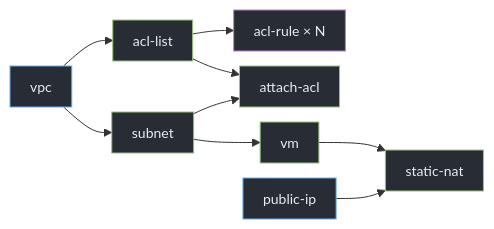
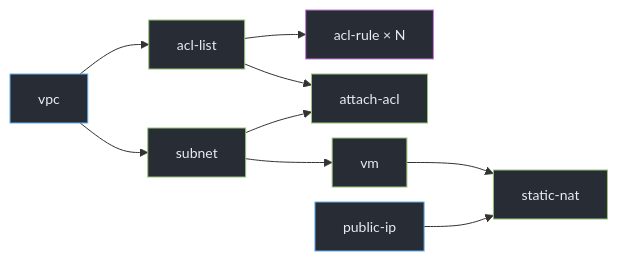
Before and after one commit to oxwazz/wowrack_coding_challenge: the third of 3 diagrams in presentation/slidev/overview.md, drawn with Mermaid. The commit also changed other lines of this file and 4 other files, not shown here.

````diff
--- a/presentation/slidev/overview.md
+++ b/presentation/slidev/overview.md
@@ -54,30 +59,30 @@
 ```mermaid
 %%{init: {
   "themeVariables": {
     "fontSize": "14px"
   },
   "flowchart": {
     "nodeSpacing": 15,
-    "rankSpacing": 40,
-    "padding": 10
+    "rankSpacing": 60,
+    "padding": 14
   }
 }}%%
 
 flowchart LR
     VPC["vpc"] --> SUB["subnet"]
     VPC --> ACL["acl-list"]
     ACL --> RULE["acl-rule × N"]
     SUB --> ATT["attach-acl"]
     ACL --> ATT
     SUB --> VM["vm"]
     IP["public-ip"] --> NAT["static-nat"]
     VM --> NAT
 
     classDef root fill:#282c34,stroke:#61afef,color:#e6edf3,stroke-width:1px,font-size:14px;
     classDef work fill:#282c34,stroke:#98c379,color:#e6edf3,stroke-width:1px,font-size:14px;
     classDef fan fill:#282c34,stroke:#c678dd,color:#e6edf3,stroke-width:1px,font-size:14px;
 
     class VPC,IP root;
     class SUB,ACL,ATT,VM,NAT work;
     class RULE fan;
 ```
````
